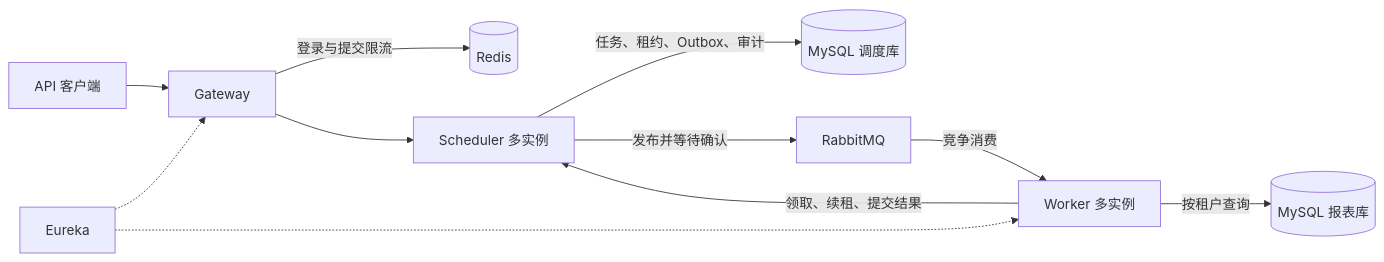
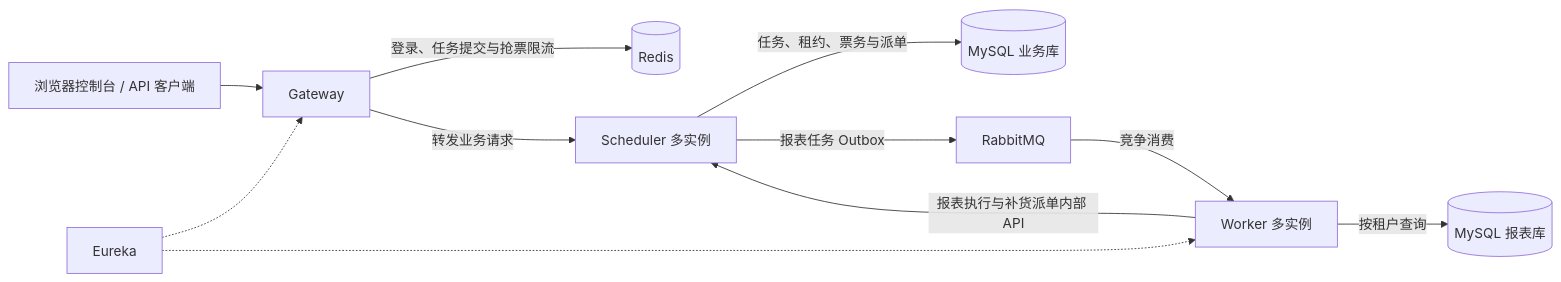
Before and after one commit to qiaooo1/Distributed: the diagram in README.md, drawn with Mermaid. The commit also changed other lines of this file and 20 other files, not shown here.

````diff
--- a/README.md
+++ b/README.md
@@ -11,13 +13,13 @@
 ```mermaid
 flowchart LR
-    Client[API 客户端] --> Gateway[Gateway]
-    Gateway -->|登录与提交限流| Redis[(Redis)]
-    Gateway --> Scheduler[Scheduler 多实例]
+    Client[浏览器控制台 / API 客户端] --> Gateway[Gateway]
+    Gateway -->|登录、任务提交与抢票限流| Redis[(Redis)]
+    Gateway -->|转发业务请求| Scheduler[Scheduler 多实例]
     Eureka[Eureka] -.-> Gateway
     Eureka -.-> Worker[Worker 多实例]
-    Scheduler -->|任务、租约、Outbox、审计| Jobs[(MySQL 调度库)]
-    Scheduler -->|发布并等待确认| MQ[RabbitMQ]
+    Scheduler -->|任务、租约、票务与派单| Jobs[(MySQL 业务库)]
+    Scheduler -->|报表任务 Outbox| MQ[RabbitMQ]
     MQ -->|竞争消费| Worker
-    Worker -->|领取、续租、提交结果| Scheduler
+    Worker -->|报表执行与补货派单内部 API| Scheduler
     Worker -->|按租户查询| Sales[(MySQL 报表库)]
 ```
````
